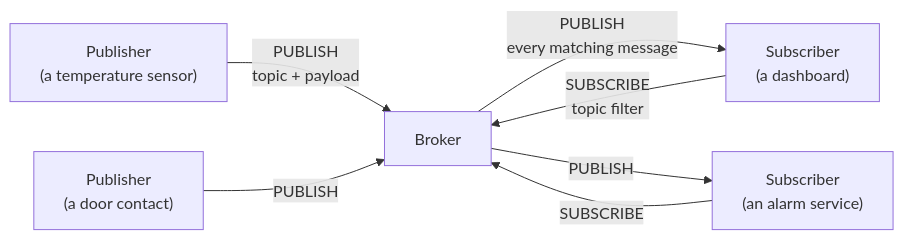
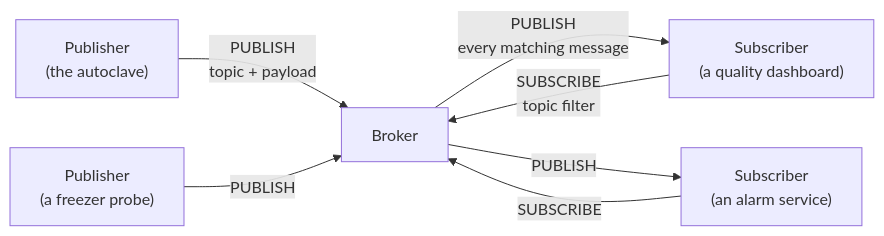
Before and after one commit to lmendiboure/IoT-Labs-UPPA: the diagram in lab1/README.md, drawn with Mermaid. The commit also changed other lines of this file and 13 other files, not shown here.

````diff
--- a/lab1/README.md
+++ b/lab1/README.md
@@ -53,9 +94,9 @@
 ```mermaid
 flowchart LR
-    P1["Publisher<br/>(a temperature sensor)"] -- "PUBLISH<br/>topic + payload" --> B["Broker"]
-    P2["Publisher<br/>(a door contact)"] -- "PUBLISH" --> B
-    S1["Subscriber<br/>(a dashboard)"] -- "SUBSCRIBE<br/>topic filter" --> B
+    P1["Publisher<br/>(the autoclave)"] -- "PUBLISH<br/>topic + payload" --> B["Broker"]
+    P2["Publisher<br/>(a freezer probe)"] -- "PUBLISH" --> B
+    S1["Subscriber<br/>(a quality dashboard)"] -- "SUBSCRIBE<br/>topic filter" --> B
     B -- "PUBLISH<br/>every matching message" --> S1
     B -- "PUBLISH" --> S2["Subscriber<br/>(an alarm service)"]
     S2 -- "SUBSCRIBE" --> B
 ```
````
